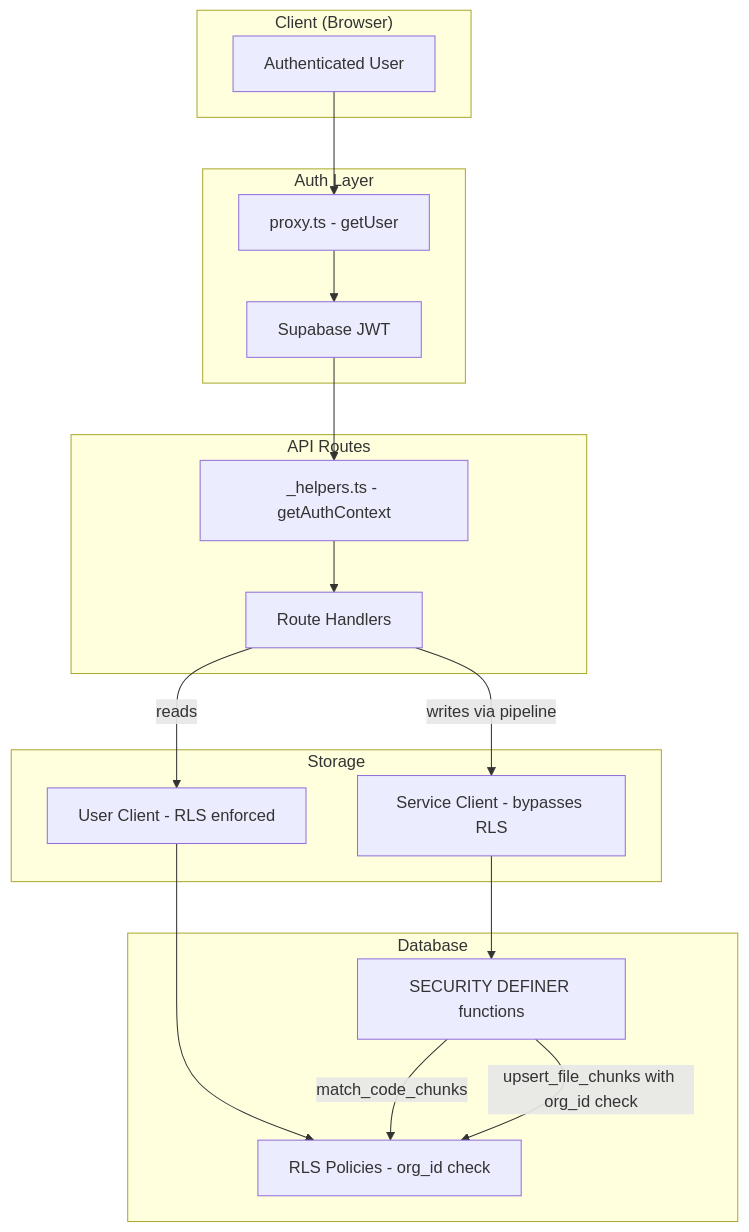
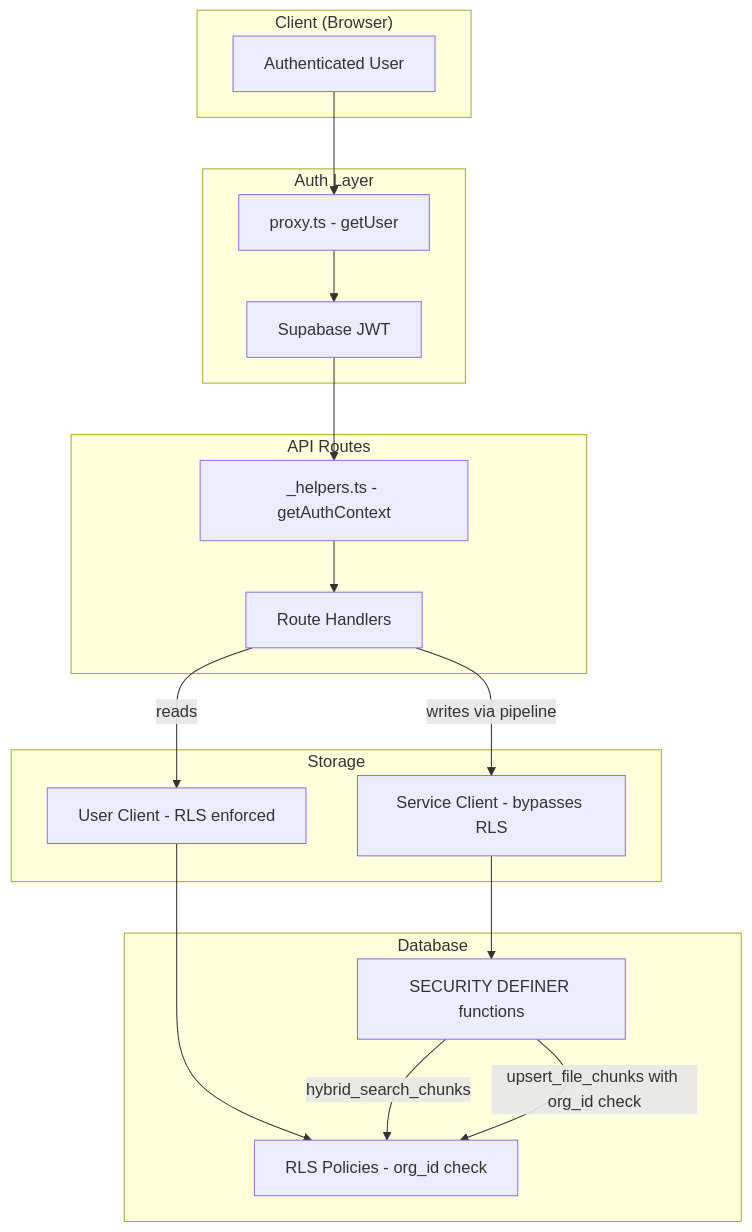
Before and after one commit to issmokk/repomind: the ninth of 12 diagrams in docs/architecture.md, drawn with Mermaid. The commit also changed other lines of this file and 2 other files, not shown here.

First line of the commit message:
docs: update README, architecture, and CLAUDE.md for split 02

````diff
--- a/docs/architecture.md
+++ b/docs/architecture.md
@@ -366,37 +387,37 @@
 ```mermaid
 graph TB
     subgraph "Client (Browser)"
         USER[Authenticated User]
     end
 
     subgraph "Auth Layer"
         PROXY[proxy.ts - getUser]
         JWT[Supabase JWT]
     end
 
     subgraph "API Routes"
         HELPER[_helpers.ts - getAuthContext]
         ROUTES[Route Handlers]
     end
 
     subgraph "Storage"
         UC[User Client - RLS enforced]
         SC[Service Client - bypasses RLS]
     end
 
     subgraph "Database"
         RLS[RLS Policies - org_id check]
         SECDEF[SECURITY DEFINER functions]
     end
 
     USER --> PROXY
     PROXY --> JWT
     JWT --> HELPER
     HELPER --> ROUTES
     ROUTES -->|reads| UC
     ROUTES -->|writes via pipeline| SC
     UC --> RLS
     SC --> SECDEF
-    SECDEF -->|match_code_chunks| RLS
+    SECDEF -->|hybrid_search_chunks| RLS
     SECDEF -->|upsert_file_chunks with org_id check| RLS
 ```
````
